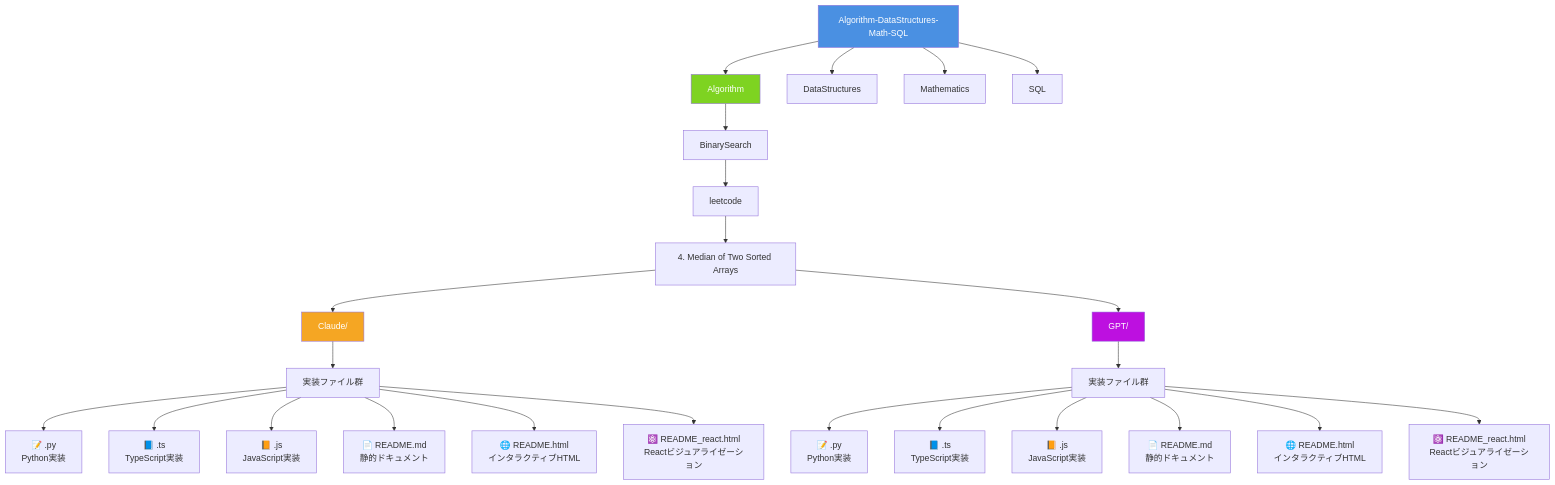
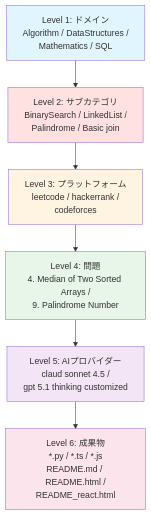
Before and after one commit to myoshi2891/Algorithm-DataStructures-Math-SQL: the fourth of 11 diagrams in README.md, drawn with Mermaid. The commit also changed other lines of this file, not shown here.

````diff
--- a/README.md
+++ b/README.md
@@ -324,37 +213,22 @@
 ```mermaid
 graph TD
-    Root[Algorithm-DataStructures-Math-SQL]
-
-    Root --> Domain1[Algorithm]
-    Root --> Domain2[DataStructures]
-    Root --> Domain3[Mathematics]
-    Root --> Domain4[SQL]
-
-    Domain1 --> Topic[BinarySearch]
-    Topic --> Platform[leetcode]
-    Platform --> Problem[4. Median of Two Sorted Arrays]
-
-    Problem --> AI1[Claude/]
-    Problem --> AI2[GPT/]
-
-    AI1 --> Files1[実装ファイル群]
-    Files1 --> PY1[📝 .py<br/>Python実装]
-    Files1 --> TS1[📘 .ts<br/>TypeScript実装]
-    Files1 --> JS1[📙 .js<br/>JavaScript実装]
-    Files1 --> MD1[📄 README.md<br/>静的ドキュメント]
-    Files1 --> HTML1[🌐 README.html<br/>インタラクティブHTML]
-    Files1 --> REACT1[⚛️ README_react.html<br/>Reactビジュアライゼーション]
-
-    AI2 --> Files2[実装ファイル群]
-    Files2 --> PY2[📝 .py<br/>Python実装]
-    Files2 --> TS2[📘 .ts<br/>TypeScript実装]
-    Files2 --> JS2[📙 .js<br/>JavaScript実装]
-    Files2 --> MD2[📄 README.md<br/>静的ドキュメント]
-    Files2 --> HTML2[🌐 README.html<br/>インタラクティブHTML]
-    Files2 --> REACT2[⚛️ README_react.html<br/>Reactビジュアライゼーション]
-
-    style Root fill:#4A90E2,color:#fff
-    style Domain1 fill:#7ED321,color:#fff
-    style AI1 fill:#F5A623,color:#fff
-    style AI2 fill:#BD10E0,color:#fff
+    L1[Level 1: ドメイン<br/>Algorithm / DataStructures /<br/>Mathematics / SQL]
+    L2[Level 2: サブカテゴリ<br/>BinarySearch / LinkedList /<br/>Palindrome / Basic join]
+    L3[Level 3: プラットフォーム<br/>leetcode / hackerrank /<br/>codeforces]
+    L4[Level 4: 問題<br/>4. Median of Two Sorted Arrays /<br/>9. Palindrome Number]
+    L5[Level 5: AIプロバイダー<br/>claud sonnet 4.5 /<br/>gpt 5.1 thinking customized]
+    L6[Level 6: 成果物<br/>*.py / *.ts / *.js<br/>README.md / README.html /<br/>README_react.html]
+    
+    L1 --> L2
+    L2 --> L3
+    L3 --> L4
+    L4 --> L5
+    L5 --> L6
+    
+    style L1 fill:#e1f5ff
+    style L2 fill:#ffe1e1
+    style L3 fill:#fff4e1
+    style L4 fill:#e8f5e9
+    style L5 fill:#f3e5f5
+    style L6 fill:#fce4ec
 ```
````
